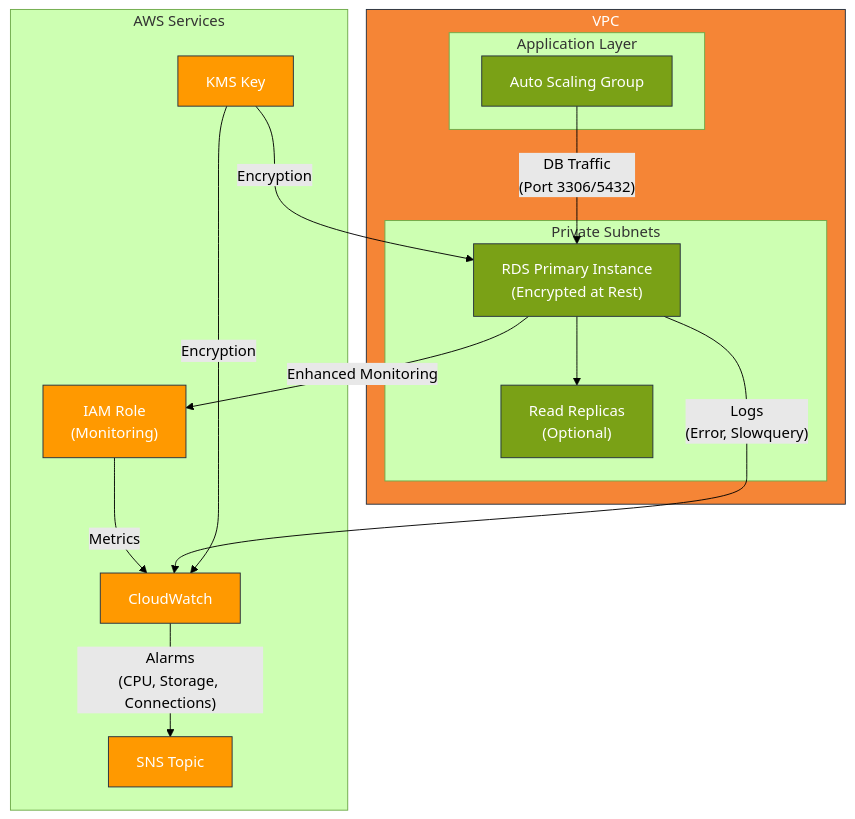
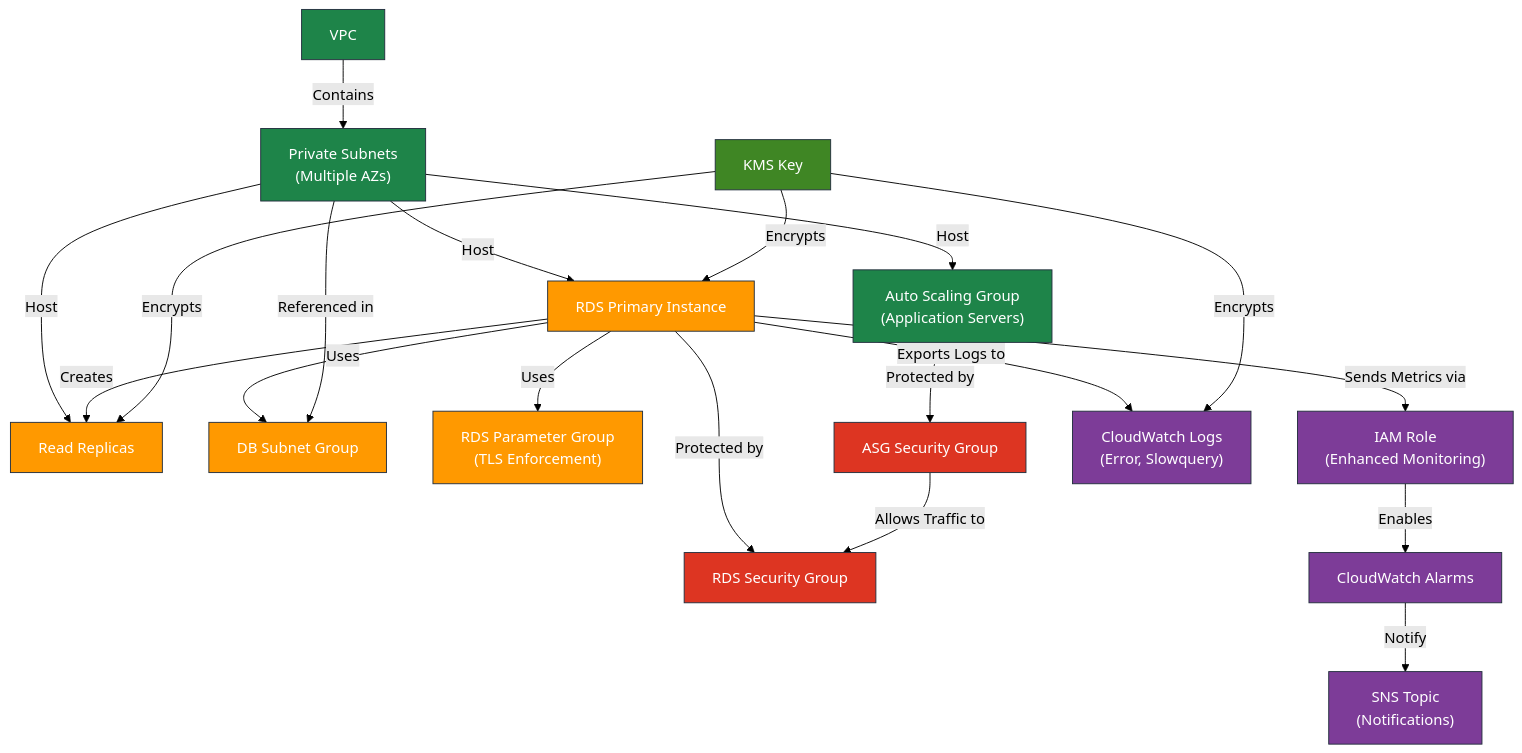
One commit to hetmanskyi-cloud/AWS changed the diagram in terraform/modules/rds/README.md. Above: the diagram before and after it, drawn with Mermaid (forest theme). The commit also changed 1 other file, not shown here.

````diff
--- a/terraform/modules/rds/README.md
+++ b/terraform/modules/rds/README.md
@@ -7,39 +7,67 @@
 ```mermaid
 graph TB
-    subgraph "VPC"
-        subgraph "Private Subnets"
-            RDS["RDS Primary Instance<br>(Encrypted at Rest)"]
-            Replicas["Read Replicas<br>(Optional)"]
-            
-            RDS --> Replicas
-        end
-        
-        subgraph "Application Layer"
-            ASG["Auto Scaling Group"]
-        end
-        
-        ASG -- "DB Traffic<br>(Port 3306/5432)" --> RDS
-    end
+    %% Main RDS Components
+    RDS["RDS Primary Instance"]
+    Replicas["Read Replicas"]
+    DBSubnetGroup["DB Subnet Group"]
+    DBParamGroup["RDS Parameter Group<br>(TLS Enforcement)"]
     
-    subgraph "AWS Services"
-        CW["CloudWatch"]
-        SNS["SNS Topic"]
-        KMS["KMS Key"]
-        IAM["IAM Role<br>(Monitoring)"]
-    end
+    %% Security Components
+    RDSSG["RDS Security Group"]
+    ASGSG["ASG Security Group"]
     
-    RDS -- "Enhanced Monitoring" --> IAM
-    IAM -- "Metrics" --> CW
-    RDS -- "Logs<br>(Error, Slowquery)" --> CW
-    CW -- "Alarms<br>(CPU, Storage, Connections)" --> SNS
-    KMS -- "Encryption" --> RDS
-    KMS -- "Encryption" --> CW
+    %% Monitoring Components
+    IAMRole["IAM Role<br>(Enhanced Monitoring)"]
+    CWLogs["CloudWatch Logs<br>(Error, Slowquery)"]
+    CWAlarms["CloudWatch Alarms"]
+    SNSTopic["SNS Topic<br>(Notifications)"]
     
-    classDef aws fill:#FF9900,stroke:#232F3E,color:white;
-    classDef vpc fill:#F58536,stroke:#232F3E,color:white;
-    classDef subnet fill:#7AA116,stroke:#232F3E,color:white;
+    %% Infrastructure Components
+    VPC["VPC"]
+    PrivateSubnets["Private Subnets<br>(Multiple AZs)"]
+    ASG["Auto Scaling Group<br>(Application Servers)"]
     
-    class CW,SNS,KMS,IAM aws;
-    class VPC vpc;
-    class RDS,Replicas,ASG subnet;
+    %% Encryption Components
+    KMS["KMS Key"]
+    
+    %% Network Structure
+    VPC -->|"Contains"| PrivateSubnets
+    PrivateSubnets -->|"Host"| RDS
+    PrivateSubnets -->|"Host"| Replicas
+    PrivateSubnets -->|"Host"| ASG
+    
+    %% RDS Configuration
+    RDS -->|"Creates"| Replicas
+    RDS -->|"Uses"| DBSubnetGroup
+    RDS -->|"Uses"| DBParamGroup
+    PrivateSubnets -->|"Referenced in"| DBSubnetGroup
+    
+    %% Security Configuration
+    RDS -->|"Protected by"| RDSSG
+    ASG -->|"Protected by"| ASGSG
+    ASGSG -->|"Allows Traffic to"| RDSSG
+    
+    %% Monitoring Configuration
+    RDS -->|"Sends Metrics via"| IAMRole
+    RDS -->|"Exports Logs to"| CWLogs
+    IAMRole -->|"Enables"| CWAlarms
+    CWAlarms -->|"Notify"| SNSTopic
+    
+    %% Encryption
+    KMS -->|"Encrypts"| RDS
+    KMS -->|"Encrypts"| Replicas
+    KMS -->|"Encrypts"| CWLogs
+    
+    %% Styling
+    classDef primary fill:#FF9900,stroke:#232F3E,color:white
+    classDef security fill:#DD3522,stroke:#232F3E,color:white
+    classDef monitoring fill:#7D3C98,stroke:#232F3E,color:white
+    classDef network fill:#1E8449,stroke:#232F3E,color:white
+    classDef encryption fill:#3F8624,stroke:#232F3E,color:white
+    
+    class RDS,Replicas,DBSubnetGroup,DBParamGroup primary
+    class RDSSG,ASGSG security
+    class IAMRole,CWLogs,CWAlarms,SNSTopic monitoring
+    class VPC,PrivateSubnets,ASG network
+    class KMS encryption
 ```
````
